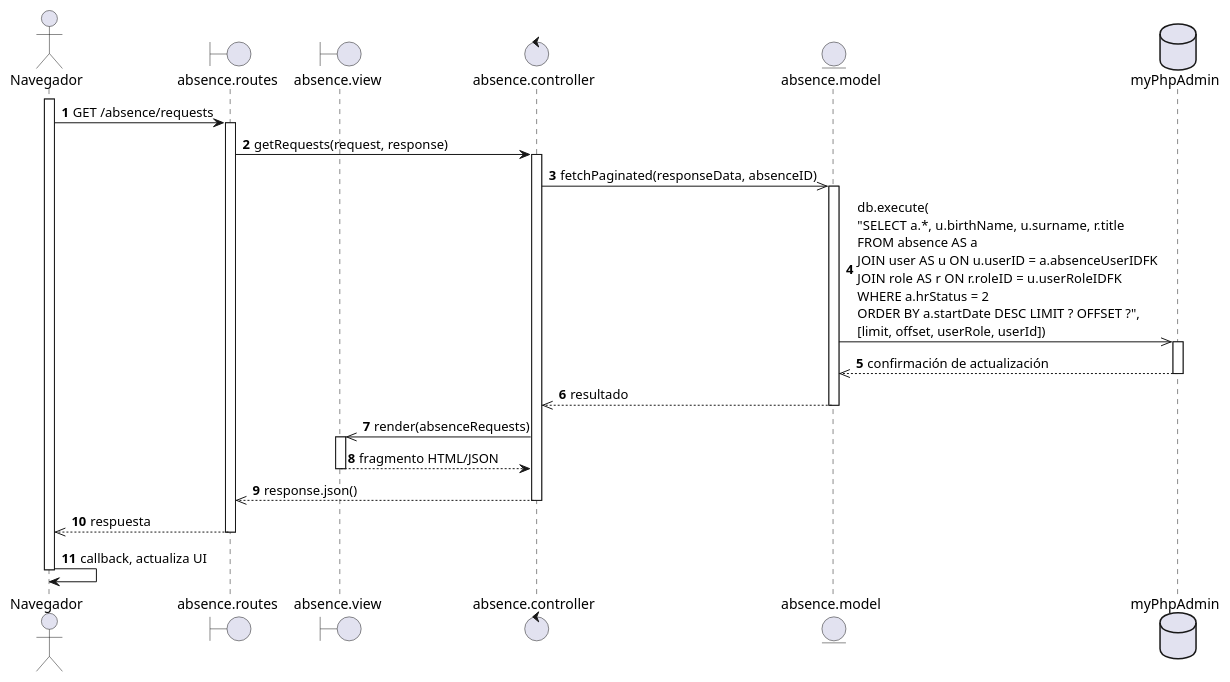
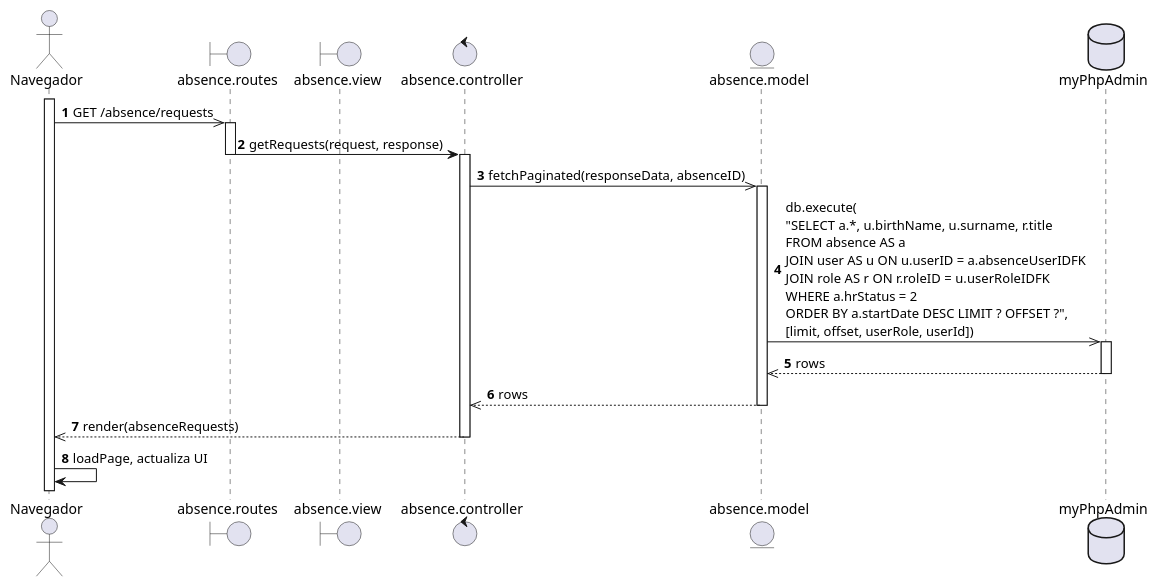
One commit to EdCanCe/WorkCells changed the diagram in diagrams/Casos de Uso/Mauricio/diagrama de secuencia/CU17.puml. Above: the diagram before and after it, drawn with PlantUML. The commit also changed 4 other files, not shown here.

Commit message:
Updating all diagramas de seucincia

```diff
--- a/diagrams/Casos de Uso/Mauricio/diagrama de secuencia/CU17.puml
+++ b/diagrams/Casos de Uso/Mauricio/diagrama de secuencia/CU17.puml
@@ -1,49 +1,41 @@
 @startuml CU017 - Líder consulta respuesta hacia ausencia de colaborador - Diagrama de secuencia
 actor Navegador
 boundary "absence.routes" as Routes
 boundary "absence.view" as View
 control "absence.controller" as Controller
 entity "absence.model" as Model
 database "myPhpAdmin" as DB
 
 autonumber
 
 ' El Navegador envía la petición AJAX para registrar la respuesta a la ausencia
 activate Navegador
-Navegador -> Routes: GET /absence/requests
+Navegador ->> Routes: GET /absence/requests
 
 activate Routes
 Routes -> Controller: getRequests(request, response)
+deactivate Routes
 activate Controller
 
 ' El controlador invoca al modelo para actualizar la respuesta de la ausencia
 Controller ->> Model: fetchPaginated(responseData, absenceID)
 activate Model
 
 ' El modelo ejecuta la consulta en la base de datos
 Model ->> DB: db.execute(\n"SELECT a.*, u.birthName, u.surname, r.title \nFROM absence AS a \nJOIN user AS u ON u.userID = a.absenceUserIDFK \nJOIN role AS r ON r.roleID = u.userRoleIDFK \nWHERE a.hrStatus = 2 \nORDER BY a.startDate DESC LIMIT ? OFFSET ?", \n[limit, offset, userRole, userId])
 activate DB
-DB -->> Model: confirmación de actualización
+DB -->> Model: rows
 deactivate DB
 
-Model -->> Controller: resultado
+Model -->> Controller: rows
 deactivate Model
 
 ' El controlador procesa el resultado y prepara la respuesta para la vista (AJAX JSON o fragmento HTML)
-Controller ->> View: render(absenceRequests)
-activate View
-View --> Controller: fragmento HTML/JSON
-deactivate View
-
-' El controlador envía la respuesta al router
-Controller -->> Routes: response.json()
+Controller -->> Navegador: render(absenceRequests)
 deactivate Controller
 
-Routes -->> Navegador: respuesta
-deactivate Routes
 
 ' El Navegador procesa la respuesta y actualiza la interfaz
-Navegador -> Navegador: callback, actualiza UI
-deactivate Navegador
+Navegador -> Navegador: loadPage, actualiza UI
 
 @enduml
```
